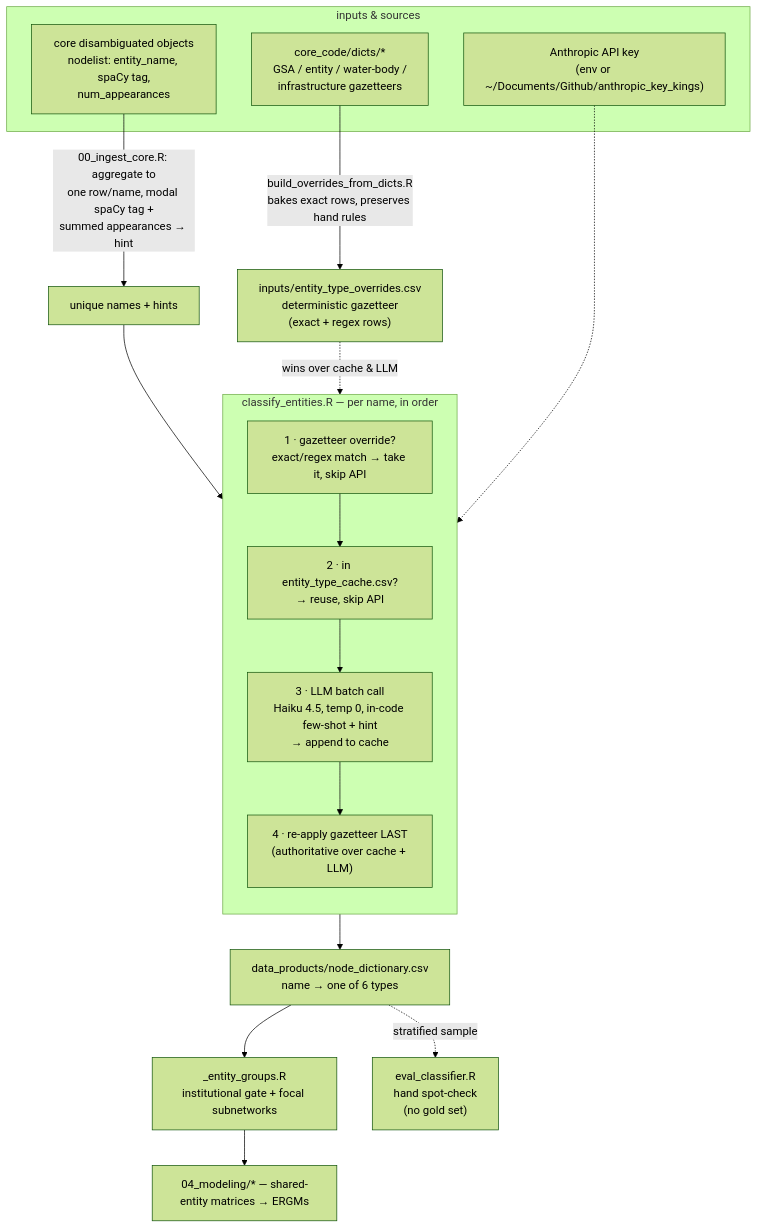
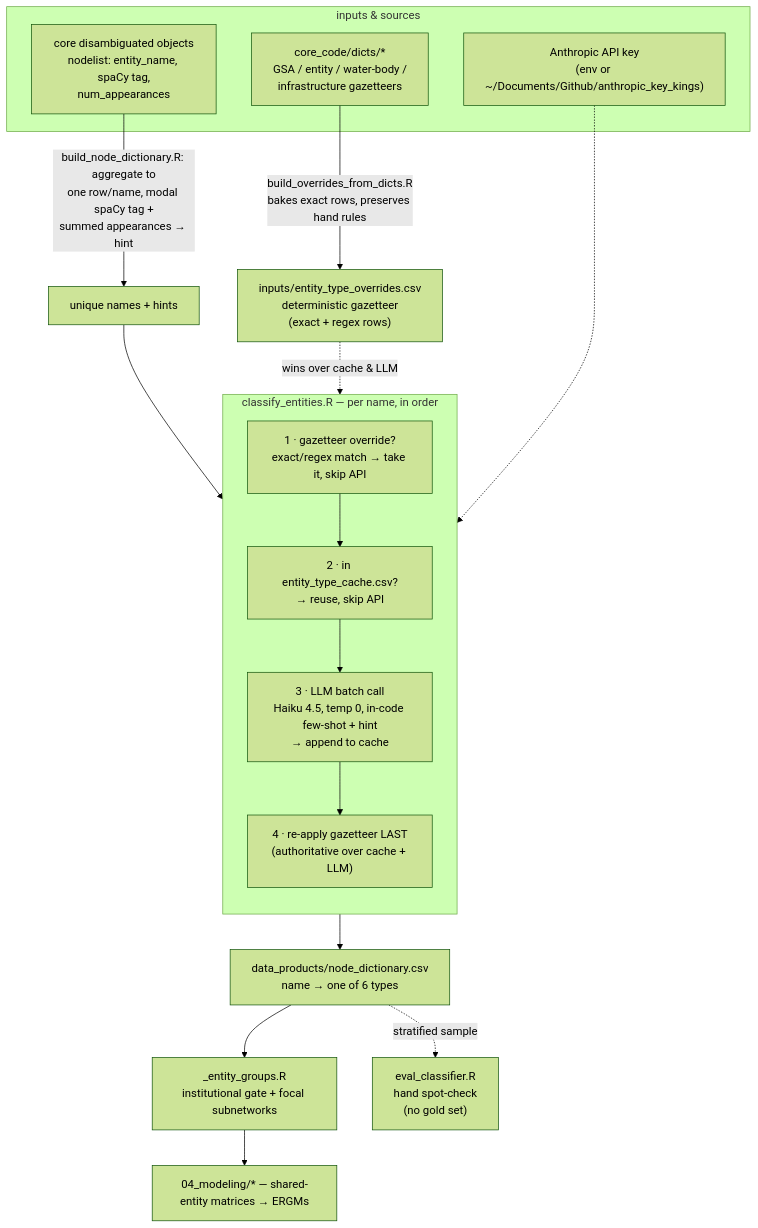
One commit to ucd-cepb/kings changed the diagram in Network_Innovation_Paper/Code/01_entity_classification/ENTITY_TAGGING.md. Above: the diagram before and after it, drawn with Mermaid (forest theme). The commit also changed other lines of this file and 9 other files, not shown here.

````diff
--- a/Network_Innovation_Paper/Code/01_entity_classification/ENTITY_TAGGING.md
+++ b/Network_Innovation_Paper/Code/01_entity_classification/ENTITY_TAGGING.md
@@ -45,33 +45,33 @@
 ```mermaid
 flowchart TD
     subgraph inputs["inputs & sources"]
         core["core disambiguated objects<br/>nodelist: entity_name, spaCy tag,<br/>num_appearances"]
         dicts["core_code/dicts/*<br/>GSA / entity / water-body /<br/>infrastructure gazetteers"]
         key["Anthropic API key<br/>(env or ~/Documents/Github/anthropic_key_kings)"]
     end
 
     dicts -->|build_overrides_from_dicts.R<br/>bakes exact rows, preserves hand rules| ov
     ov["inputs/entity_type_overrides.csv<br/>deterministic gazetteer<br/>(exact + regex rows)"]
 
-    core -->|00_ingest_core.R: aggregate to<br/>one row/name, modal spaCy tag +<br/>summed appearances → hint| agg["unique names + hints"]
+    core -->|build_node_dictionary.R: aggregate to<br/>one row/name, modal spaCy tag +<br/>summed appearances → hint| agg["unique names + hints"]
 
     agg --> clf
 
     subgraph clf["classify_entities.R — per name, in order"]
         direction TB
         step1["1 · gazetteer override?<br/>exact/regex match → take it, skip API"]
         step2["2 · in entity_type_cache.csv?<br/>→ reuse, skip API"]
         step3["3 · LLM batch call<br/>Haiku 4.5, temp 0, in-code few-shot + hint<br/>→ append to cache"]
         step4["4 · re-apply gazetteer LAST<br/>(authoritative over cache + LLM)"]
         step1 --> step2 --> step3 --> step4
     end
 
     ov -.->|wins over cache & LLM| clf
     key -.-> clf
 
     clf --> nd["data_products/node_dictionary.csv<br/>name → one of 6 types"]
     nd --> groups["_entity_groups.R<br/>institutional gate + focal subnetworks"]
     groups --> model["04_modeling/* — shared-entity matrices → ERGMs"]
 
     nd -.->|stratified sample| eval["eval_classifier.R<br/>hand spot-check<br/>(no gold set)"]
 ```
````
